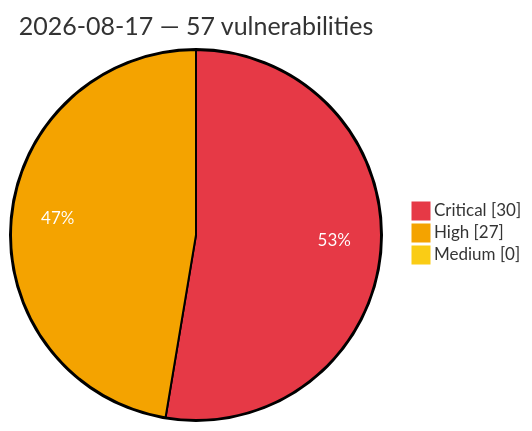
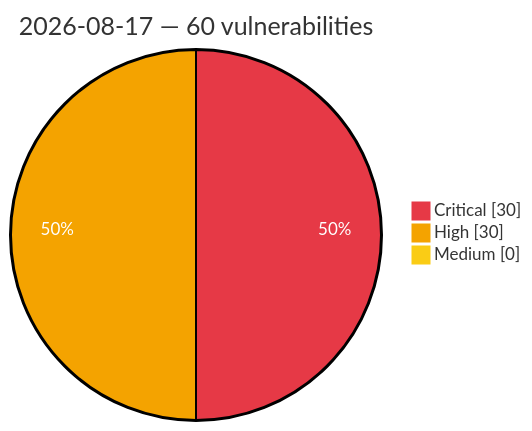
One commit to GhostX0X/vuln-tracker changed the diagram in vulnerabilities/2026/August/2026-08-17.md. Above: the diagram before and after it, drawn with Mermaid. The commit also changed other lines of this file and 5 other files, not shown here.

````diff
--- a/vulnerabilities/2026/August/2026-08-17.md
+++ b/vulnerabilities/2026/August/2026-08-17.md
@@ -3,8 +3,8 @@
 ```mermaid
 %%{init: {'theme':'base', 'themeVariables': {'pie1':'#e63946', 'pie2':'#f4a300', 'pie3':'#facc15', 'pieOpacity':'1', 'pieOuterStrokeWidth':'2px', 'pieSectionTextColor':'#ffffff'}}}%%
 pie showData
-    title 2026-08-17 — 57 vulnerabilities
+    title 2026-08-17 — 60 vulnerabilities
     "Critical" : 30
-    "High" : 27
+    "High" : 30
     "Medium" : 0
 ```
````
